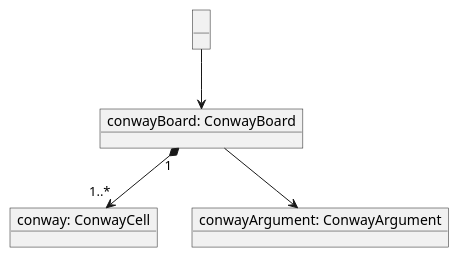
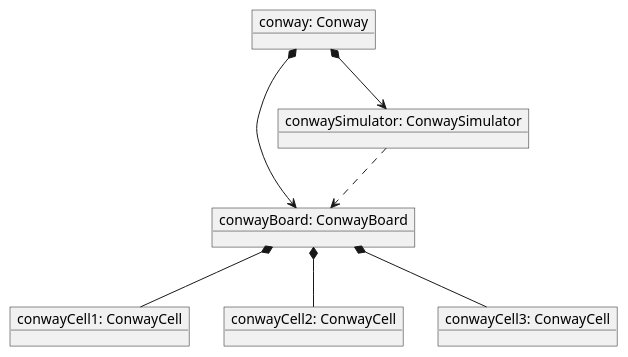
The diagram in _models/object_diagram.puml (Sileye54/Conway-Game-of-Life), drawn with PlantUML before and after one commit. The commit also changed 1 other file, not shown here.

Commit message:
Met à jour le diagramme de classe et d'objet

```diff
--- a/_models/object_diagram.puml
+++ b/_models/object_diagram.puml
@@ -1,11 +1,15 @@
 @startuml
+object "conway: Conway" as conway
+object "conwayBoard: ConwayBoard" as board
+object "conwaySimulator: ConwaySimulator" as simulator
+object "conwayCell1: ConwayCell" as c1
+object "conwayCell2: ConwayCell" as c2
+object "conwayCell3: ConwayCell" as c3
 
-object "conway: ConwayCell" as cell
-object "conwayBoard: ConwayBoard" as board
-object "conwayArgument: ConwayArgument" as arguments
-object " " as main
-main --> board
-board --> arguments
-board "1" *--> "1..*" cell
-
+conway *--> board
+conway *--> simulator
+simulator ..> board
+board *-- c1
+board *-- c2
+board *-- c3
 @enduml
```
